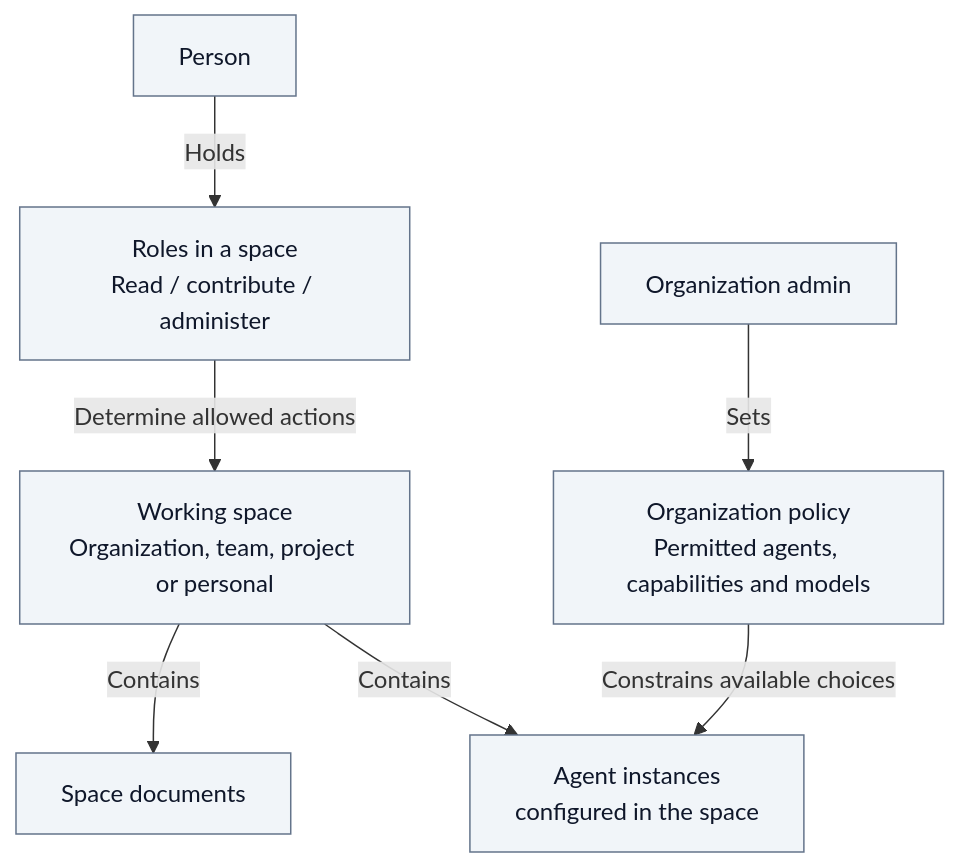
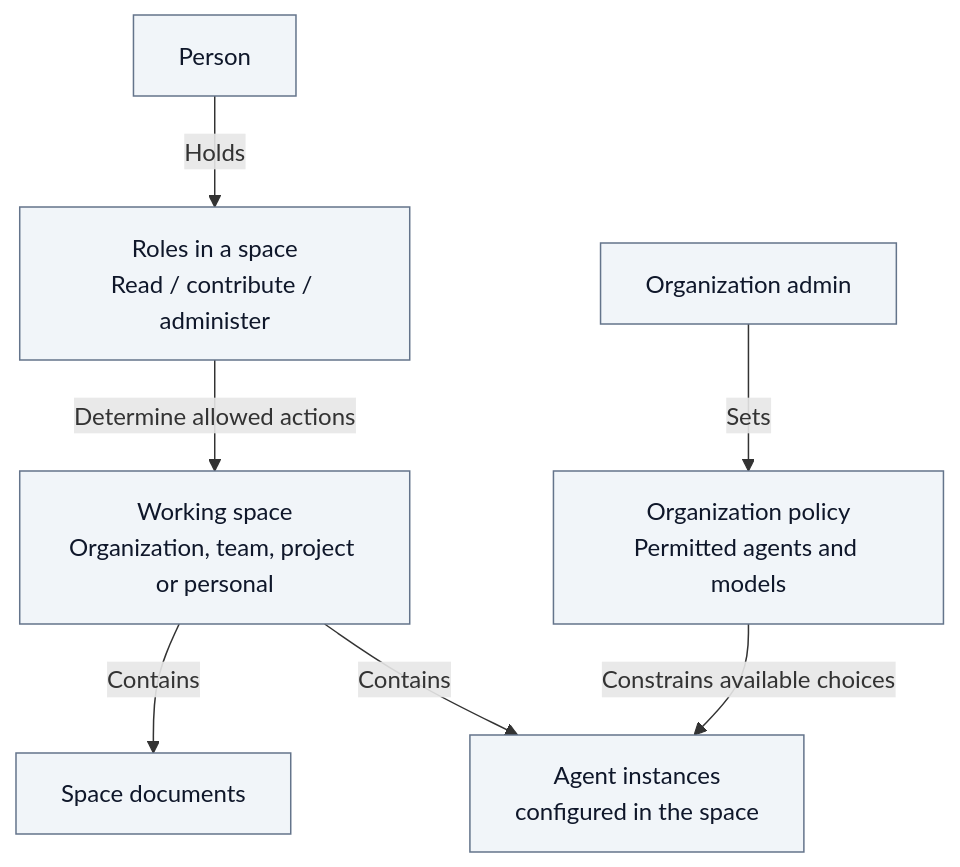
One commit to ThalesGroup/fred changed the fourth of 6 diagrams in docs/architecture/01-system-overview.md. Above: the diagram before and after it, drawn with Mermaid. The commit also changed other lines of this file and 3 other files, not shown here.

````diff
--- a/docs/architecture/01-system-overview.md
+++ b/docs/architecture/01-system-overview.md
@@ -135,19 +136,19 @@
 ```mermaid
 flowchart TB
     admin["Organization admin"]
-    policy["Organization policy<br/>Permitted agents, capabilities and models"]
+    policy["Organization policy<br/>Permitted agents and models"]
     person["Person"]
     roles["Roles in a space<br/>Read / contribute / administer"]
     space["Working space<br/>Organization, team, project or personal"]
     documents["Space documents"]
     assistants["Agent instances<br/>configured in the space"]
     admin -->|"Sets"| policy
     person -->|"Holds"| roles
     roles -->|"Determine allowed actions"| space
     space -->|"Contains"| documents
     space -->|"Contains"| assistants
     policy -->|"Constrains available choices"| assistants
 
     classDef neutral fill:#F1F5F9,stroke:#64748B,color:#0F172A
     class admin,policy,person,roles,space,documents,assistants neutral
 ```
````
